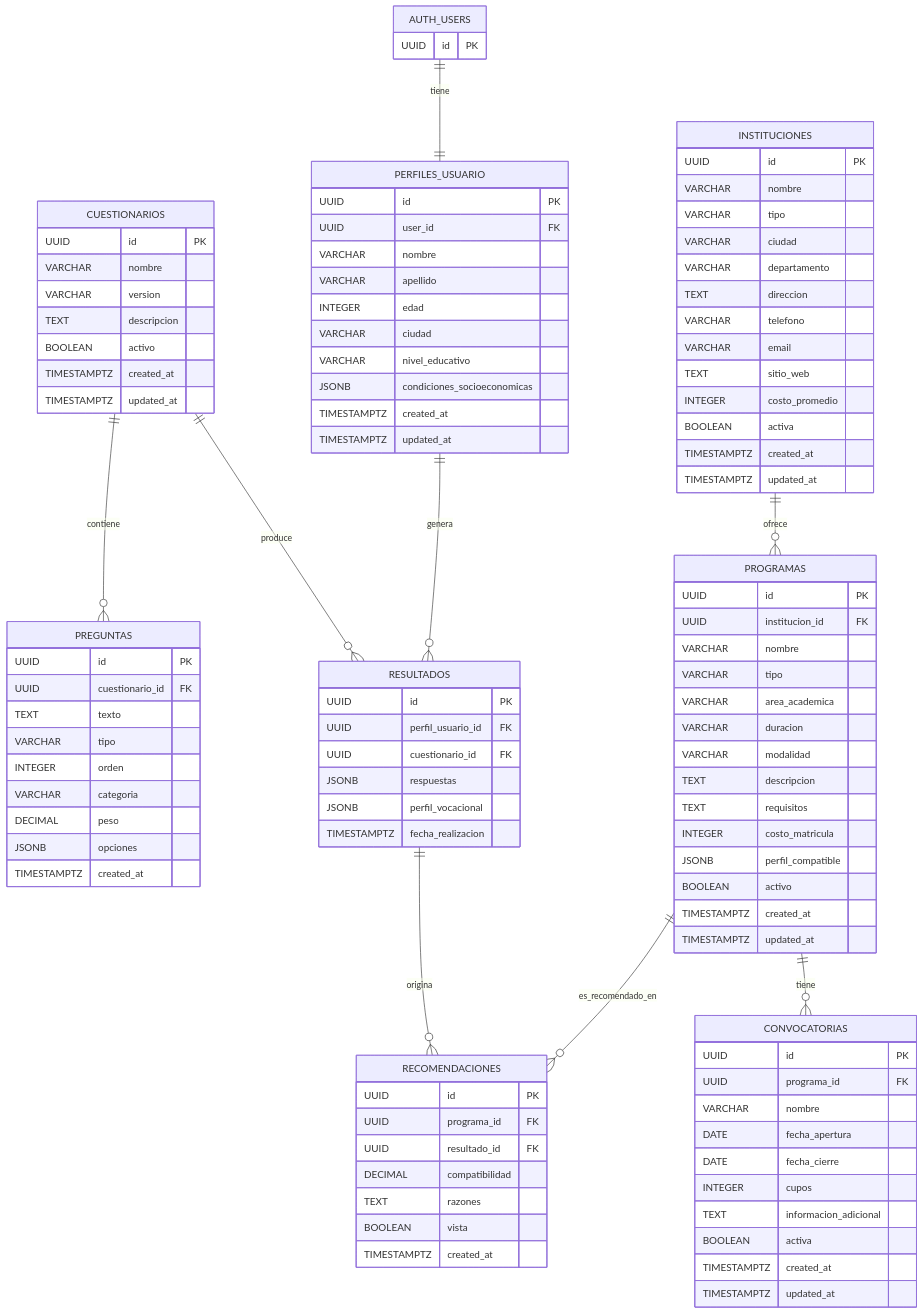
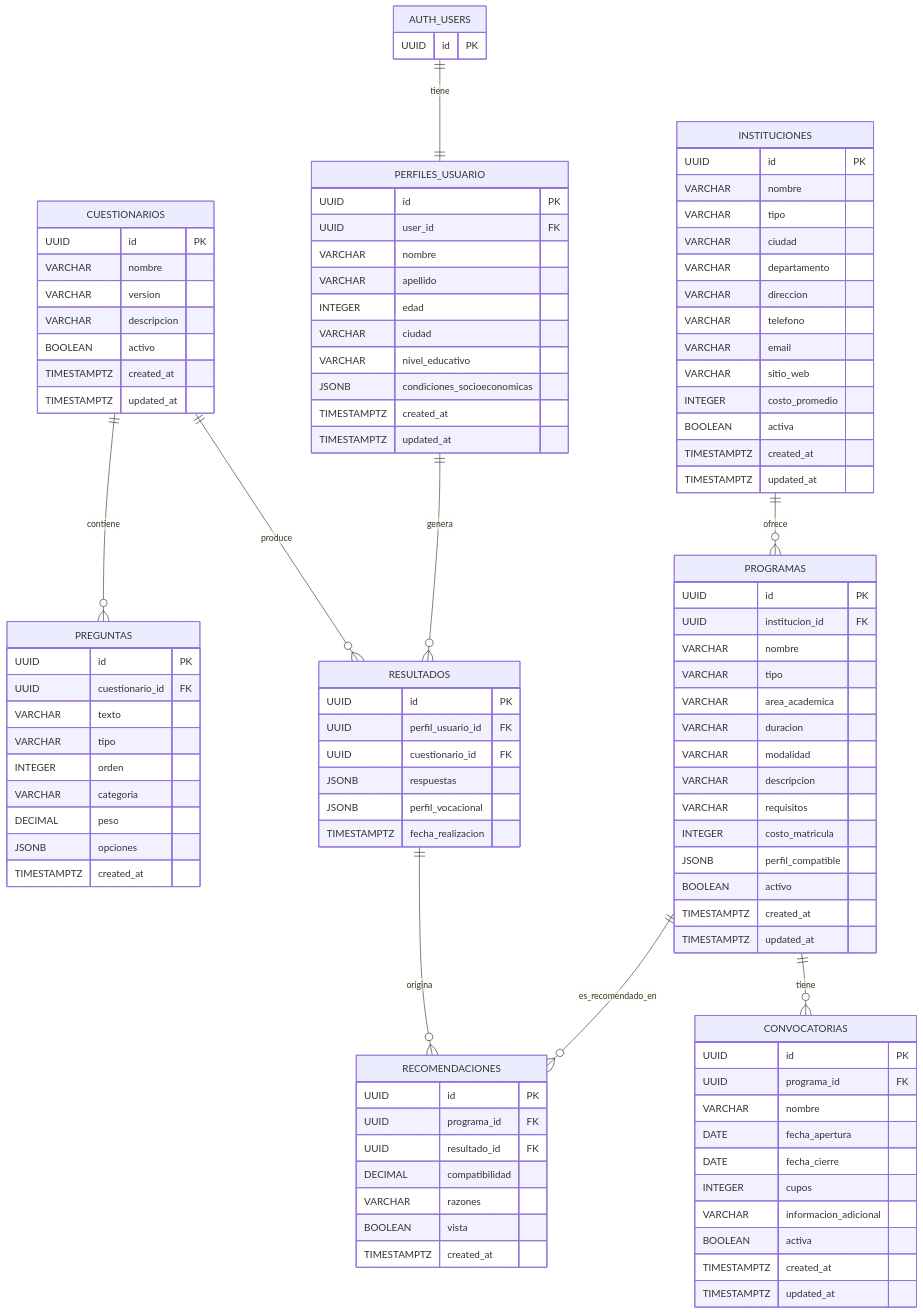
The diagram in docs/Data_Base/diagrama_mer.md (davidm052006/Documentacion_Brota), drawn with Mermaid before and after one commit. The commit also changed 1 other file, not shown here.

Commit message:
cambios en el diagrma mer reemplazando TEXT por VARCHAR

```diff
--- a/docs/Data_Base/diagrama_mer.md
+++ b/docs/Data_Base/diagrama_mer.md
@@ -23,7 +23,7 @@
         UUID id PK
         VARCHAR nombre
         VARCHAR version
-        TEXT descripcion
+        VARCHAR descripcion
         BOOLEAN activo
         TIMESTAMPTZ created_at
         TIMESTAMPTZ updated_at
@@ -31,7 +31,7 @@
     PREGUNTAS {
         UUID id PK
         UUID cuestionario_id FK
-        TEXT texto
+        VARCHAR texto
         VARCHAR tipo
         INTEGER orden
         VARCHAR categoria
@@ -53,10 +53,10 @@
         VARCHAR tipo
         VARCHAR ciudad
         VARCHAR departamento
-        TEXT direccion
+        VARCHAR direccion
         VARCHAR telefono
         VARCHAR email
-        TEXT sitio_web
+        VARCHAR sitio_web
         INTEGER costo_promedio
         BOOLEAN activa
         TIMESTAMPTZ created_at
@@ -70,8 +70,8 @@
         VARCHAR area_academica
         VARCHAR duracion
         VARCHAR modalidad
-        TEXT descripcion
-        TEXT requisitos
+        VARCHAR descripcion
+        VARCHAR requisitos
         INTEGER costo_matricula
         JSONB perfil_compatible
         BOOLEAN activo
@@ -85,7 +85,7 @@
         DATE fecha_apertura
         DATE fecha_cierre
         INTEGER cupos
-        TEXT informacion_adicional
+        VARCHAR informacion_adicional
         BOOLEAN activa
         TIMESTAMPTZ created_at
         TIMESTAMPTZ updated_at
@@ -95,7 +95,7 @@
         UUID programa_id FK
         UUID resultado_id FK
         DECIMAL compatibilidad
-        TEXT razones
+        VARCHAR razones
         BOOLEAN vista
         TIMESTAMPTZ created_at
     }
```
